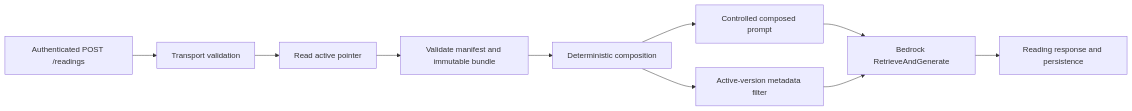
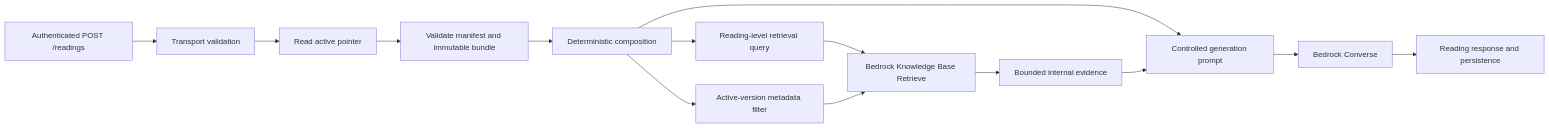
The diagram in docs/deterministic-composer-runtime.md (ava-collins/simple-tarot), drawn with Mermaid before and after one commit. The commit also changed other lines of this file and 9 other files, not shown here.

````diff
--- a/docs/deterministic-composer-runtime.md
+++ b/docs/deterministic-composer-runtime.md
@@ -34,22 +34,29 @@
 ```mermaid
 flowchart LR
     Request["Authenticated POST /readings"]
     Validate["Transport validation"]
     Pointer["Read active pointer"]
     Bundle["Validate manifest and immutable bundle"]
     Compose["Deterministic composition"]
-    Prompt["Controlled composed prompt"]
+    Query["Reading-level retrieval query"]
     Filter["Active-version metadata filter"]
-    Bedrock["Bedrock RetrieveAndGenerate"]
+    Retrieve["Bedrock Knowledge Base Retrieve"]
+    Evidence["Bounded internal evidence"]
+    Prompt["Controlled generation prompt"]
+    Converse["Bedrock Converse"]
     Response["Reading response and persistence"]
 
     Request --> Validate
     Validate --> Pointer
     Pointer --> Bundle
     Bundle --> Compose
+    Compose --> Query
+    Compose --> Filter
+    Query --> Retrieve
+    Filter --> Retrieve
+    Retrieve --> Evidence
     Compose --> Prompt
-    Compose --> Filter
-    Prompt --> Bedrock
-    Filter --> Bedrock
-    Bedrock --> Response
+    Evidence --> Prompt
+    Prompt --> Converse
+    Converse --> Response
 ```
````
